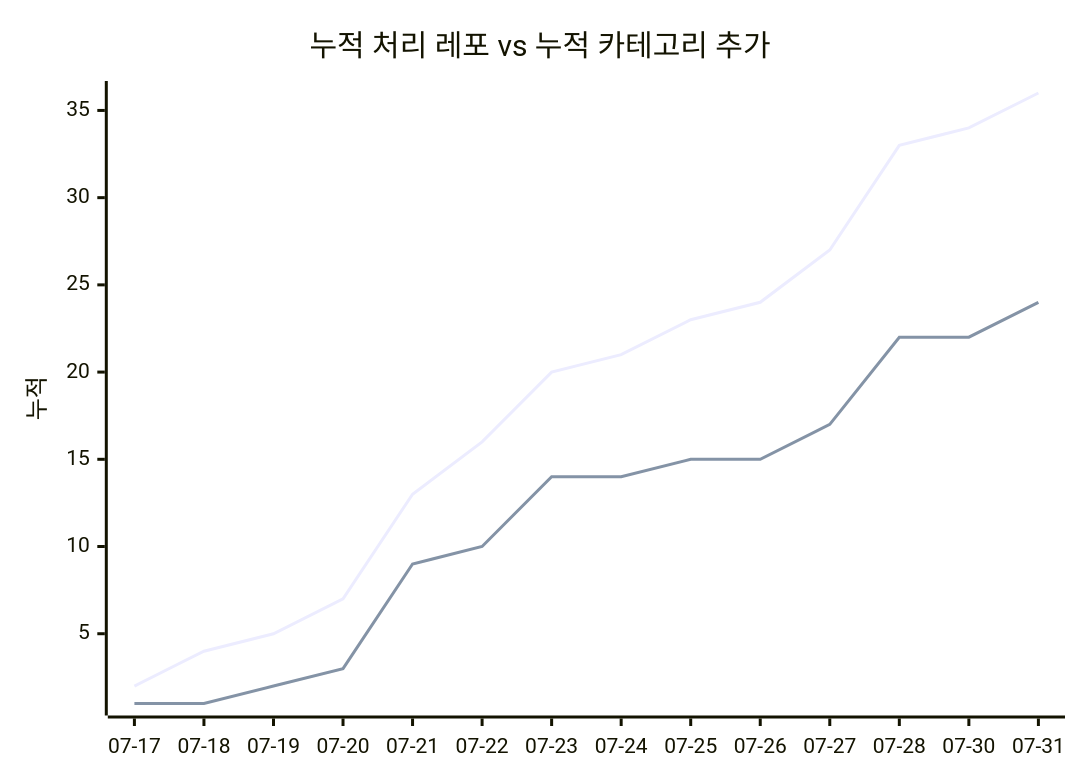
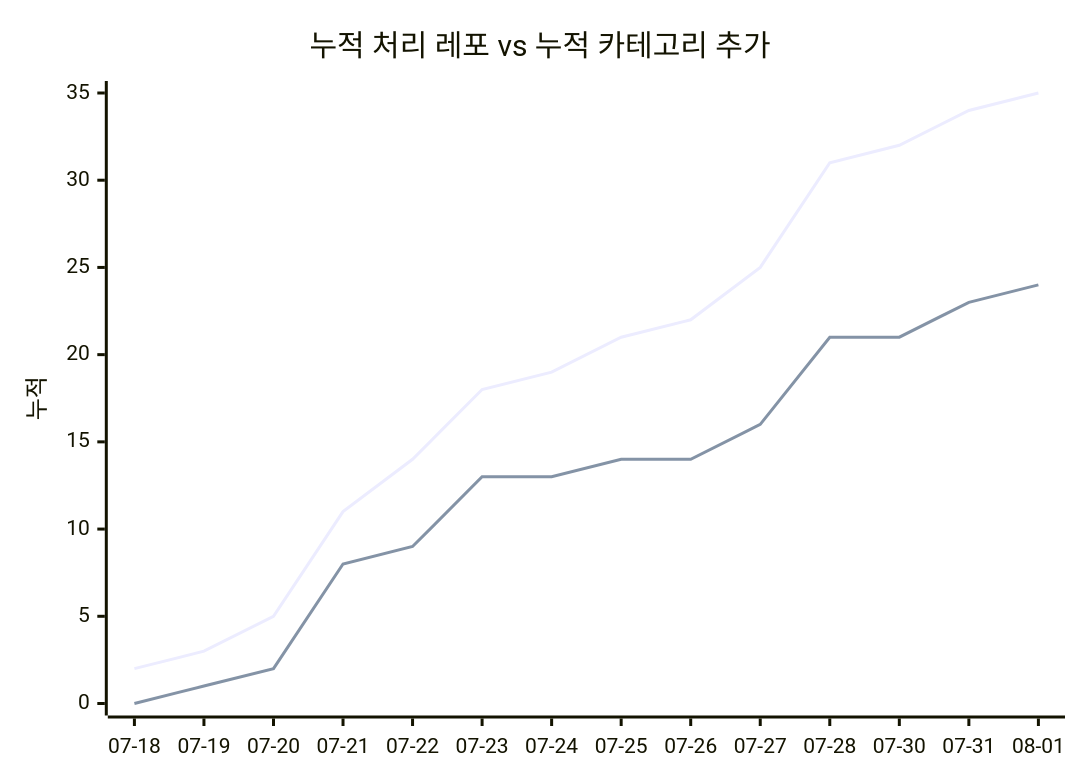
Before and after one commit to J-nowcow/awesome-korean-agent-skills: the second of 2 diagrams in docs/trends.md, drawn with Mermaid. The commit also changed other lines of this file and 4 other files, not shown here.

````diff
--- a/docs/trends.md
+++ b/docs/trends.md
@@ -68,8 +68,8 @@
 ```mermaid
 xychart-beta
     title "누적 처리 레포 vs 누적 카테고리 추가"
-    x-axis ["07-17","07-18","07-19","07-20","07-21","07-22","07-23","07-24","07-25","07-26","07-27","07-28","07-30","07-31"]
+    x-axis ["07-18","07-19","07-20","07-21","07-22","07-23","07-24","07-25","07-26","07-27","07-28","07-30","07-31","08-01"]
     y-axis "누적"
-    line [2,4,5,7,13,16,20,21,23,24,27,33,34,36]
-    line [1,1,2,3,9,10,14,14,15,15,17,22,22,24]
+    line [2,3,5,11,14,18,19,21,22,25,31,32,34,35]
+    line [0,1,2,8,9,13,13,14,14,16,21,21,23,24]
 ```
````
